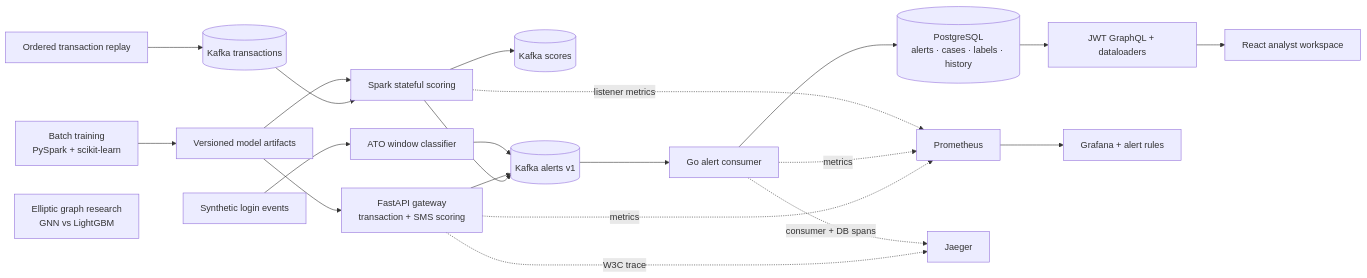
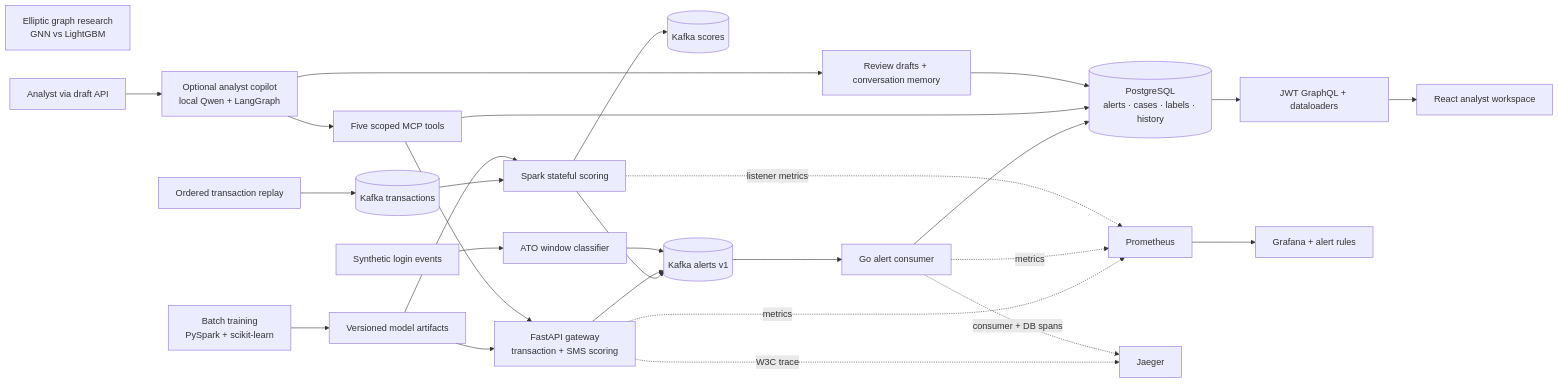
The diagram in README.md (kianbqh/sentinel-risk-platform), drawn with Mermaid before and after one commit. The commit also changed other lines of this file and 283 other files, not shown here.

````diff
--- a/README.md
+++ b/README.md
@@ -7,24 +7,30 @@
 ```mermaid
 flowchart LR
     B[Batch training<br/>PySpark + scikit-learn] --> M[Versioned model artifacts]
     M --> G[FastAPI gateway<br/>transaction + SMS scoring]
     T[Ordered transaction replay] --> K[(Kafka transactions)]
     K --> S[Spark stateful scoring]
     M --> S
     S --> Q[(Kafka scores)]
     S --> A[(Kafka alerts v1)]
     G --> A
     L[Synthetic login events] --> D[ATO window classifier]
     D --> A
     A --> C[Go alert consumer]
     C --> P[(PostgreSQL<br/>alerts · cases · labels · history)]
     P --> H[JWT GraphQL + dataloaders]
     H --> U[React analyst workspace]
     R[Elliptic graph research<br/>GNN vs LightGBM]
     G -. metrics .-> O[Prometheus]
     C -. metrics .-> O
     S -. listener metrics .-> O
     O --> V[Grafana + alert rules]
     G -. W3C trace .-> J[Jaeger]
     C -. consumer + DB spans .-> J
+    Analyst[Analyst via draft API] --> CP[Optional analyst copilot<br/>local Qwen + LangGraph]
+    CP --> MCP[Five scoped MCP tools]
+    MCP --> P
+    MCP --> G
+    CP --> DR[Review drafts + conversation memory]
+    DR --> P
 ```
````
